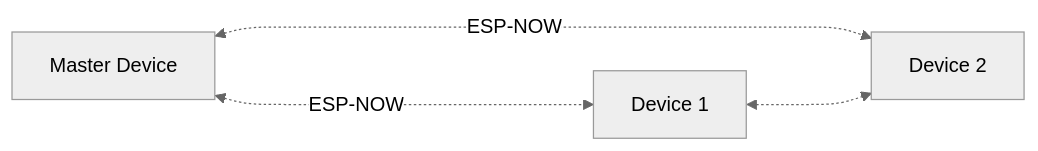
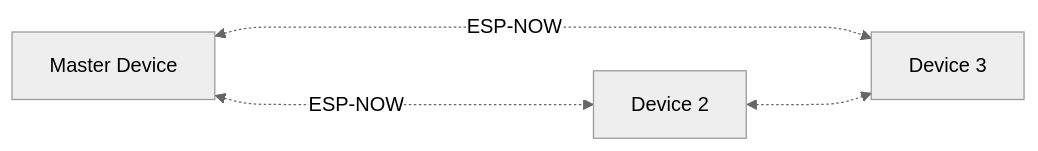
The third of 3 diagrams in content/blog/arduino-esp-now-lib/index.md (espressif/developer-portal), drawn with Mermaid (neutral theme) before and after one commit. The commit also changed other lines of this file, not shown here.

````diff
--- a/content/blog/arduino-esp-now-lib/index.md
+++ b/content/blog/arduino-esp-now-lib/index.md
@@ -457,9 +460,9 @@
 ```mermaid
 flowchart LR
     A[Master Device]
-    B[Device 1]
-    C[Device 2]
+    B[Device 2]
+    C[Device 3]
     A <-...->|ESP-NOW| B
     A <-...->|ESP-NOW| C
     B <-..-> C
 ```
````
